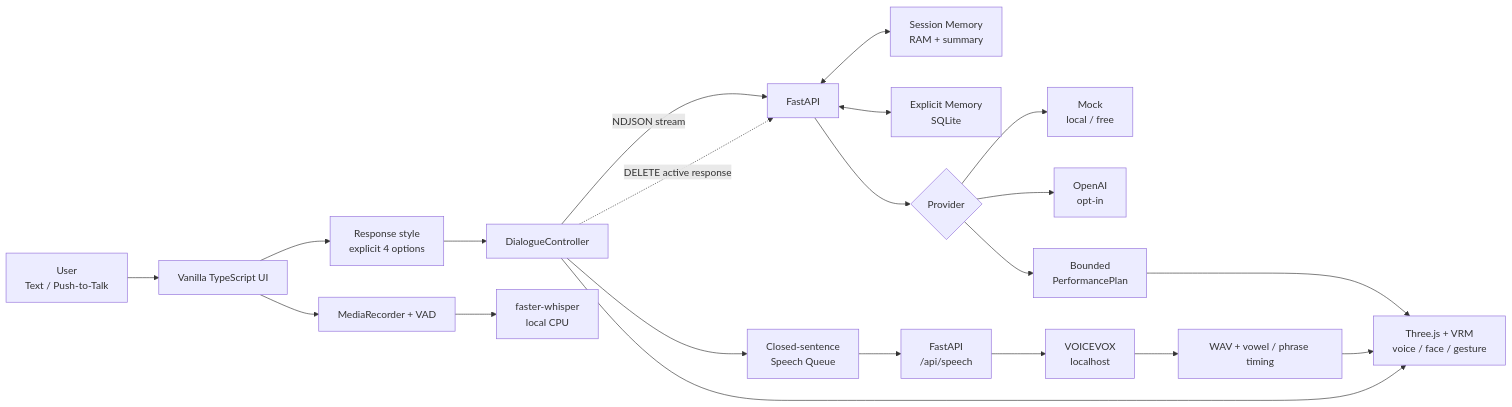
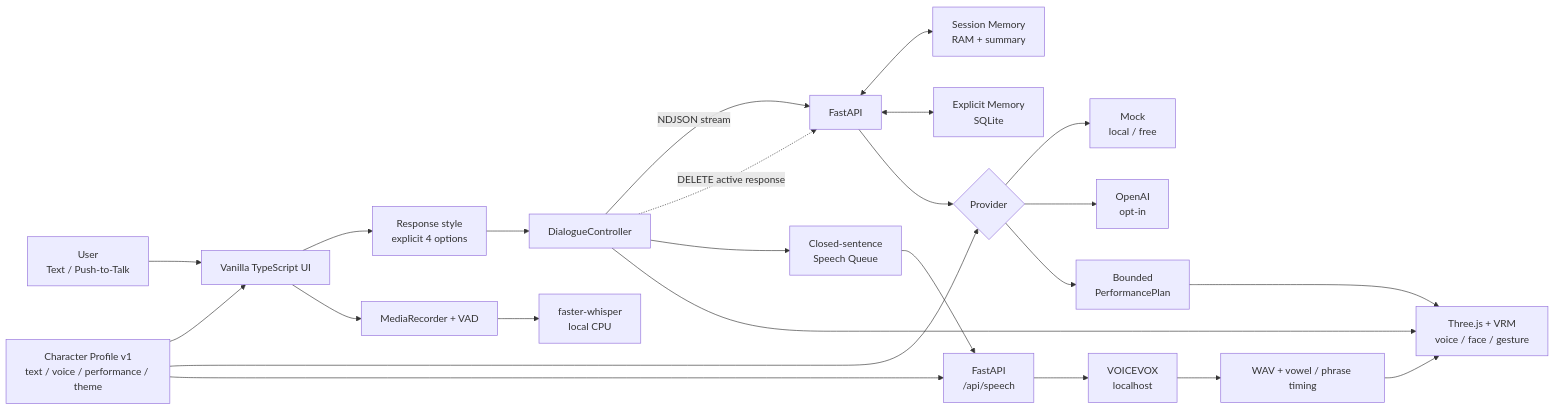
Before and after one commit to yutoo77/adaptive-vrm-dialogue-agent: the diagram in README.md, drawn with Mermaid. The commit also changed other lines of this file and 29 other files, not shown here.

````diff
--- a/README.md
+++ b/README.md
@@ -104,25 +109,28 @@
 ```mermaid
 flowchart LR
     User["User\nText / Push-to-Talk"] --> UI["Vanilla TypeScript UI"]
     UI --> Style["Response style\nexplicit 4 options"]
+    Profile["Character Profile v1\ntext / voice / performance / theme"] --> UI
     Style --> Dialogue["DialogueController"]
     Dialogue -->|"NDJSON stream"| API["FastAPI"]
     Dialogue -. "DELETE active response" .-> API
     API <--> Session["Session Memory\nRAM + summary"]
     API <--> SQLite["Explicit Memory\nSQLite"]
     API --> Provider{"Provider"}
+    Profile --> Provider
     Provider --> Mock["Mock\nlocal / free"]
     Provider --> OpenAI["OpenAI\nopt-in"]
     Provider --> Plan["Bounded\nPerformancePlan"]
 
     UI --> PTT["MediaRecorder + VAD"]
     PTT --> Whisper["faster-whisper\nlocal CPU"]
 
     Dialogue --> SentenceQueue["Closed-sentence\nSpeech Queue"]
     SentenceQueue --> SpeechAPI["FastAPI\n/api/speech"]
     SpeechAPI --> Voicevox["VOICEVOX\nlocalhost"]
+    Profile --> SpeechAPI
     Voicevox --> Timing["WAV + vowel / phrase timing"]
     Timing --> Avatar["Three.js + VRM\nvoice / face / gesture"]
     Plan --> Avatar
     Dialogue --> Avatar
 ```
````
